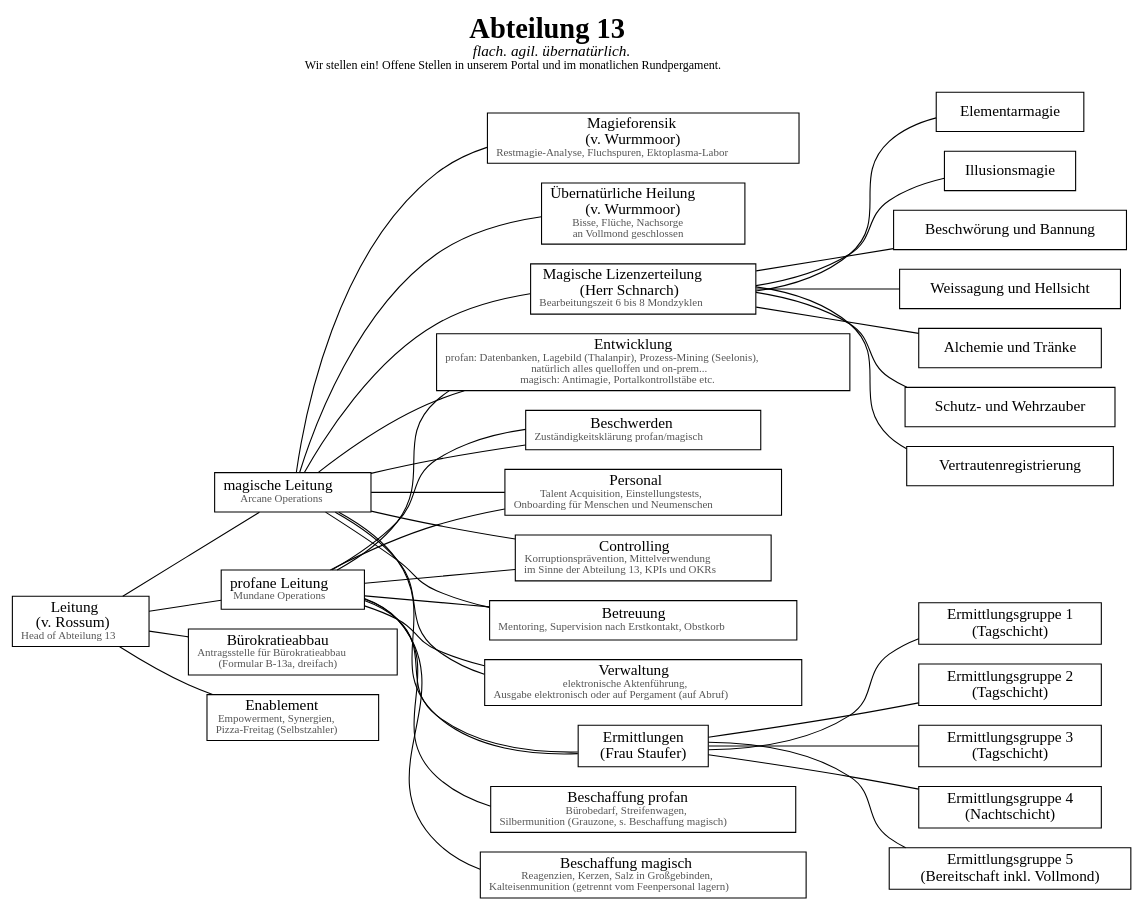
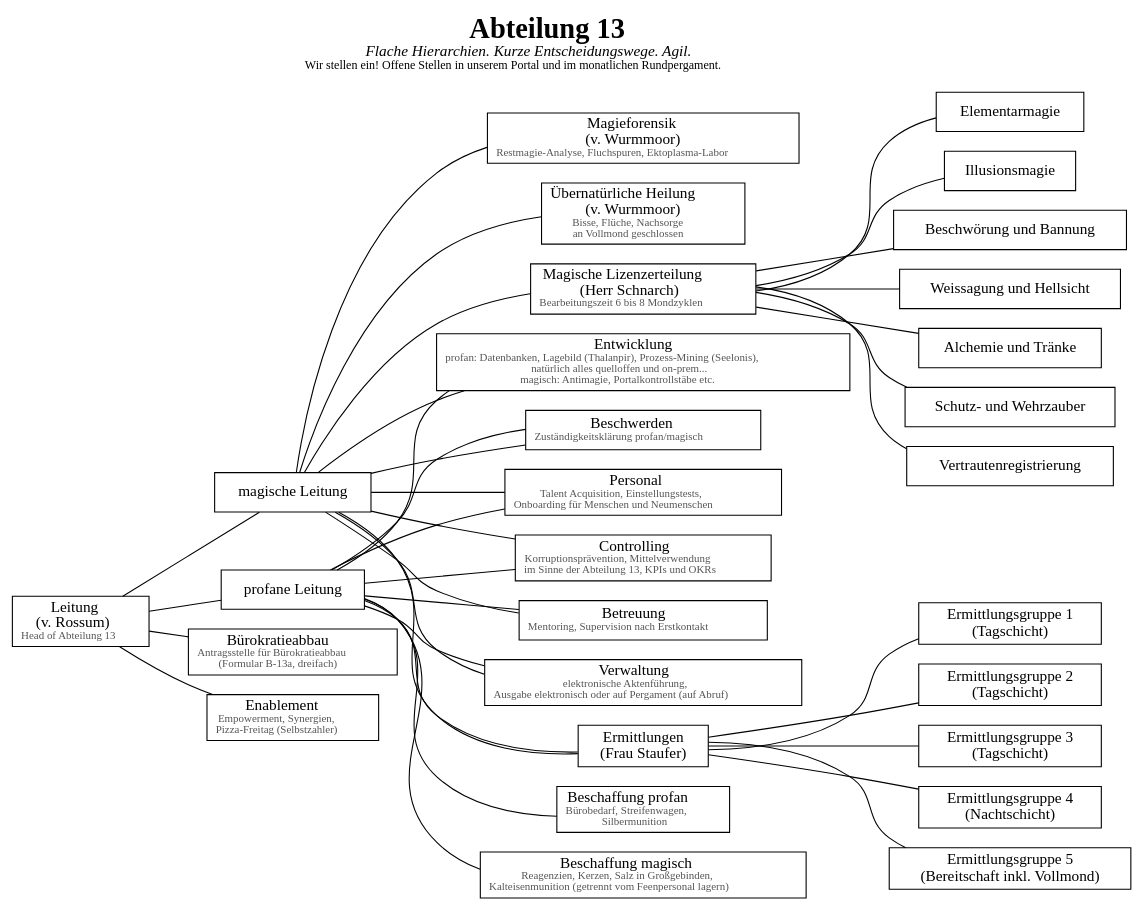
The diagram in neue_polizei_organigramm/organigramm.dot (wy-bbw/df_docs), drawn with Graphviz before and after one commit. The commit also changed 5 other files, not shown here.

```diff
--- a/neue_polizei_organigramm/organigramm.dot
+++ b/neue_polizei_organigramm/organigramm.dot
@@ -1,80 +1,80 @@
 graph organigramm {
     rankdir=LR
     node[shape=box]
     labelloc=t
-    label=<<FONT POINT-SIZE="26"><B>Abteilung 13</B></FONT><BR/><FONT POINT-SIZE="14"><I>flach. agil. übernatürlich.</I></FONT><BR/><FONT POINT-SIZE="11">Wir stellen ein! Offene Stellen in unserem Portal und im monatlichen Rundpergament.</FONT><BR/> >
+    label=<<FONT POINT-SIZE="26"><B>Abteilung 13</B></FONT><BR/><FONT POINT-SIZE="14"><I>Flache Hierarchien. Kurze Entscheidungswege. Agil.</I></FONT><BR/><FONT POINT-SIZE="11">Wir stellen ein! Offene Stellen in unserem Portal und im monatlichen Rundpergament.</FONT><BR/> >
 
     leitung[label = <Leitung<BR/>(v. Rossum)<BR/><FONT POINT-SIZE="10" COLOR="#555555">Head of Abteilung 13</FONT>>]
-    leitung_welt[label = <profane Leitung<BR/><FONT POINT-SIZE="10" COLOR="#555555">Mundane Operations</FONT>>]
-    leitung_magie[label = <magische Leitung<BR/><FONT POINT-SIZE="10" COLOR="#555555">Arcane Operations</FONT>>]
+    leitung_welt[label = "profane Leitung"]
+    leitung_magie[label = "magische Leitung"]
     ermittlungen[label = "Ermittlungen\n(Frau Staufer)"]
     magieforensik[label = <Magieforensik<BR/>(v. Wurmmoor)<BR/><FONT POINT-SIZE="10" COLOR="#555555">Restmagie-Analyse, Fluchspuren, Ektoplasma-Labor</FONT>>]
     heilung[label = <Übernatürliche Heilung<BR/>(v. Wurmmoor)<BR/><FONT POINT-SIZE="10" COLOR="#555555">Bisse, Flüche, Nachsorge<BR/>an Vollmond geschlossen</FONT>>]
     lizenz[label = <Magische Lizenzerteilung<BR/>(Herr Schnarch)<BR/><FONT POINT-SIZE="10" COLOR="#555555">Bearbeitungszeit 6 bis 8 Mondzyklen</FONT>>]
-    beschaffung_profan[label = <Beschaffung profan<BR/><FONT POINT-SIZE="10" COLOR="#555555">Bürobedarf, Streifenwagen,<BR/>Silbermunition (Grauzone, s. Beschaffung magisch)</FONT>>]
+    beschaffung_profan[label = <Beschaffung profan<BR/><FONT POINT-SIZE="10" COLOR="#555555">Bürobedarf, Streifenwagen,<BR/>Silbermunition</FONT>>]
     beschaffung_magisch[label = <Beschaffung magisch<BR/><FONT POINT-SIZE="10" COLOR="#555555">Reagenzien, Kerzen, Salz in Großgebinden,<BR/>Kalteisenmunition (getrennt vom Feenpersonal lagern)</FONT>>]
     beschwerden[label = <Beschwerden<BR/><FONT POINT-SIZE="10" COLOR="#555555">Zuständigkeitsklärung profan/magisch</FONT>>]
     personal[label = <Personal<BR/><FONT POINT-SIZE="10" COLOR="#555555">Talent Acquisition, Einstellungstests,<BR/>Onboarding für Menschen und Neumenschen</FONT>>]
     buerokra[label = <Bürokratieabbau<BR/><FONT POINT-SIZE="10" COLOR="#555555">Antragsstelle für Bürokratieabbau<BR/>(Formular B-13a, dreifach)</FONT>>]
     controll[label = <Controlling<BR/><FONT POINT-SIZE="10" COLOR="#555555">Korruptionsprävention, Mittelverwendung<BR/>im Sinne der Abteilung 13, KPIs und OKRs</FONT>>]
-    betruung[label = <Betreuung<BR/><FONT POINT-SIZE="10" COLOR="#555555">Mentoring, Supervision nach Erstkontakt, Obstkorb</FONT>>]
+    betruung[label = <Betreuung<BR/><FONT POINT-SIZE="10" COLOR="#555555">Mentoring, Supervision nach Erstkontakt</FONT>>]
     enablemt[label = <Enablement<BR/><FONT POINT-SIZE="10" COLOR="#555555">Empowerment, Synergien,<BR/>Pizza-Freitag (Selbstzahler)</FONT>>]
     administ[label = <Verwaltung<BR/><FONT POINT-SIZE="10" COLOR="#555555">elektronische Aktenführung,<BR/>Ausgabe elektronisch oder auf Pergament (auf Abruf)</FONT>>]
     entwickl[label = <Entwicklung<BR/><FONT POINT-SIZE="10" COLOR="#555555">profan: Datenbanken, Lagebild (Thalanpir), Prozess-Mining (Seelonis),<BR/>natürlich alles quelloffen und on-prem...<BR/>magisch: Antimagie, Portalkontrollstäbe etc.</FONT>>]
 
     eg1[label = "Ermittlungsgruppe 1\n(Tagschicht)"]
     eg2[label = "Ermittlungsgruppe 2\n(Tagschicht)"]
     eg3[label = "Ermittlungsgruppe 3\n(Tagschicht)"]
     eg4[label = "Ermittlungsgruppe 4\n(Nachtschicht)"]
     eg5[label = "Ermittlungsgruppe 5\n(Bereitschaft inkl. Vollmond)"]
 
     lizenz_elementar[label = "Elementarmagie"]
     lizenz_illusion[label = "Illusionsmagie"]
     lizenz_beschwoer[label = "Beschwörung und Bannung"]
     lizenz_weissag[label = "Weissagung und Hellsicht"]
     lizenz_alchemie[label = "Alchemie und Tränke"]
     lizenz_schutz[label = "Schutz- und Wehrzauber"]
     lizenz_vertraut[label = "Vertrautenregistrierung"]
 
 
     leitung -- leitung_welt
     leitung -- leitung_magie
     leitung -- buerokra
     leitung -- enablemt
     leitung_magie -- magieforensik
     leitung_magie -- heilung
     leitung_magie --  ermittlungen
     leitung_magie -- lizenz
     leitung_magie -- beschwerden
     leitung_magie -- personal
     leitung_magie -- controll
     leitung_magie -- betruung
     leitung_magie -- entwickl
     leitung_magie -- administ
     leitung_welt -- ermittlungen
     leitung_welt -- beschwerden
     leitung_welt -- personal
     leitung_welt -- controll
     leitung_welt -- betruung
     leitung_welt -- entwickl
     leitung_welt -- administ
     leitung_welt -- beschaffung_profan
     leitung_welt -- beschaffung_magisch
 
     ermittlungen -- eg1
     ermittlungen -- eg2
     ermittlungen -- eg3
     ermittlungen -- eg4
     ermittlungen -- eg5
 
     lizenz -- lizenz_elementar
     lizenz -- lizenz_illusion
     lizenz -- lizenz_beschwoer
     lizenz -- lizenz_weissag
     lizenz -- lizenz_alchemie
     lizenz -- lizenz_schutz
     lizenz -- lizenz_vertraut
 
     {rank=same; eg1 -- eg2 -- eg3 -- eg4 -- eg5 [style=invis]}
     {rank=same; lizenz_elementar -- lizenz_illusion -- lizenz_beschwoer -- lizenz_weissag -- lizenz_alchemie -- lizenz_schutz -- lizenz_vertraut [style=invis]}
 }
```
